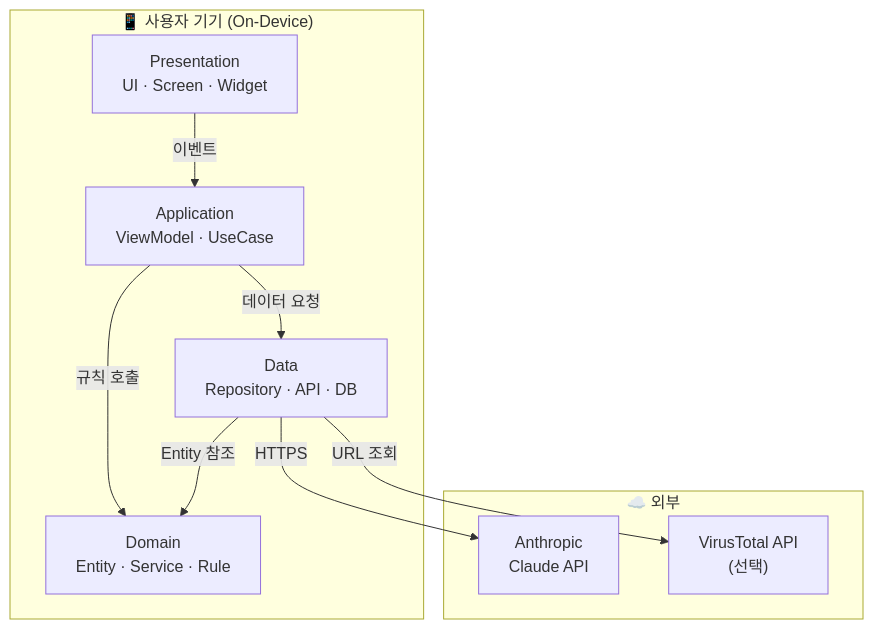
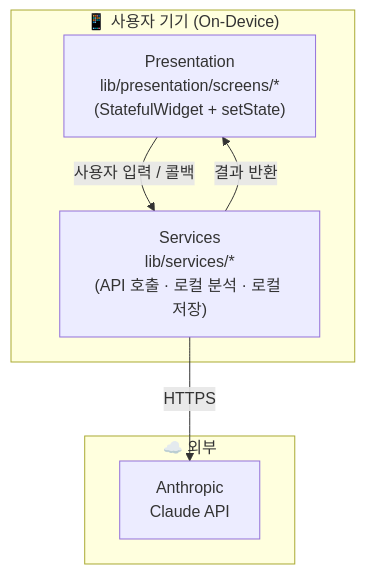
One commit to kimhyeri-hub/bank_project changed the first of 2 diagrams in docs/architecture.md. Above: the diagram before and after it, drawn with Mermaid. The commit also changed other lines of this file and 5 other files, not shown here.

First line of the commit message:
문서를 실제 구현 구조에 맞게 갱신 (architecture/setup/testing/security)

````diff
--- a/docs/architecture.md
+++ b/docs/architecture.md
@@ -17,22 +17,16 @@
 ```mermaid
 graph TD
     subgraph Device["📱 사용자 기기 (On-Device)"]
-        P["Presentation\nUI · Screen · Widget"]
-        A["Application\nViewModel · UseCase"]
-        D["Domain\nEntity · Service · Rule"]
-        DA["Data\nRepository · API · DB"]
+        P["Presentation\nlib/presentation/screens/*\n(StatefulWidget + setState)"]
+        S["Services\nlib/services/*\n(API 호출 · 로컬 분석 · 로컬 저장)"]
 
-        P -->|이벤트| A
-        A -->|규칙 호출| D
-        A -->|데이터 요청| DA
-        DA -->|Entity 참조| D
+        P -->|사용자 입력 / 콜백| S
+        S -->|결과 반환| P
     end
 
     subgraph External["☁️ 외부"]
         CLAUDE["Anthropic\nClaude API"]
-        VT["VirusTotal API\n(선택)"]
     end
 
-    DA -->|HTTPS| CLAUDE
-    DA -->|URL 조회| VT
+    S -->|HTTPS| CLAUDE
 ```
````
